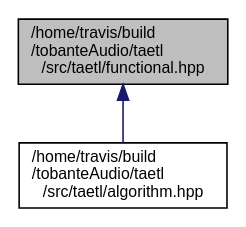
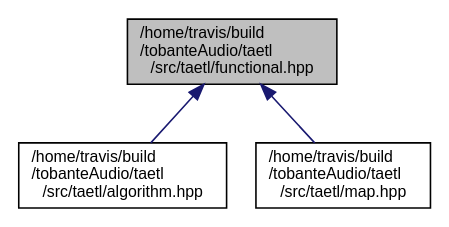
The diagram in functional_8hpp__dep__incl.dot (tobanteAudio/taetl), drawn with Graphviz before and after one commit. The commit also changed 142 other files, not shown here.

Commit message:
Deploy tobanteAudio/taetl to github.com/tobanteAudio/taetl.git:gh-pages

```diff
--- a/functional_8hpp__dep__incl.dot
+++ b/functional_8hpp__dep__incl.dot
@@ -1,8 +1,10 @@
 digraph "/home/travis/build/tobanteAudio/taetl/src/taetl/functional.hpp"
 {
   edge [fontname="Helvetica",fontsize="10",labelfontname="Helvetica",labelfontsize="10"];
   node [fontname="Helvetica",fontsize="10",shape=record];
   Node7 [label="/home/travis/build\l/tobanteAudio/taetl\l/src/taetl/functional.hpp",height=0.2,width=0.4,color="black", fillcolor="grey75", style="filled", fontcolor="black"];
   Node7 -> Node8 [dir="back",color="midnightblue",fontsize="10",style="solid",fontname="Helvetica"];
   Node8 [label="/home/travis/build\l/tobanteAudio/taetl\l/src/taetl/algorithm.hpp",height=0.2,width=0.4,color="black", fillcolor="white", style="filled",URL="$algorithm_8hpp.html"];
+  Node7 -> Node9 [dir="back",color="midnightblue",fontsize="10",style="solid",fontname="Helvetica"];
+  Node9 [label="/home/travis/build\l/tobanteAudio/taetl\l/src/taetl/map.hpp",height=0.2,width=0.4,color="black", fillcolor="white", style="filled",URL="$map_8hpp.html"];
 }
```
